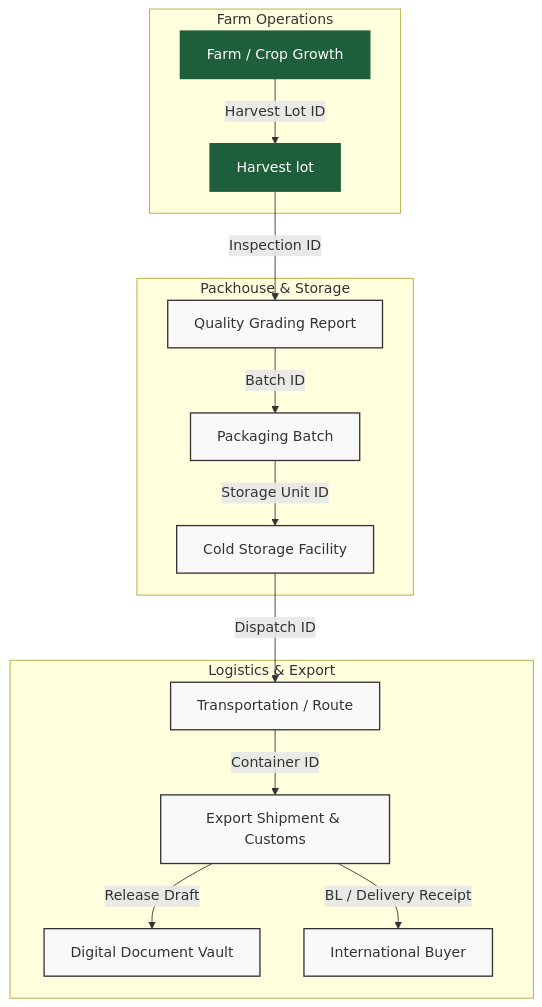
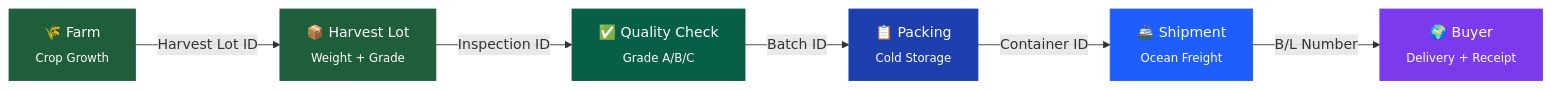
Before and after one commit to omrajput14/agriflow: the second of 4 diagrams in README.md, drawn with Mermaid. The commit also changed other lines of this file and 13 other files, not shown here.

````diff
--- a/README.md
+++ b/README.md
@@ -29,23 +216,15 @@
 ```mermaid
-graph TD
-    subgraph Farm Operations
-        F[Farm / Crop Growth] -->|Harvest Lot ID| H[Harvest lot]
-    end
+graph LR
+    F["🌾 Farm<br/><sub>Crop Growth</sub>"] -->|"Harvest Lot ID"| H["📦 Harvest Lot<br/><sub>Weight + Grade</sub>"]
+    H -->|"Inspection ID"| Q["✅ Quality Check<br/><sub>Grade A/B/C</sub>"]
+    Q -->|"Batch ID"| P["📋 Packing<br/><sub>Cold Storage</sub>"]
+    P -->|"Container ID"| S["🚢 Shipment<br/><sub>Ocean Freight</sub>"]
+    S -->|"B/L Number"| B["🌍 Buyer<br/><sub>Delivery + Receipt</sub>"]
 
-    subgraph Packhouse & Storage
-        H -->|Inspection ID| Q[Quality Grading Report]
-        Q -->|Batch ID| P[Packaging Batch]
-        P -->|Storage Unit ID| C[Cold Storage Facility]
-    end
-
-    subgraph Logistics & Export
-        C -->|Dispatch ID| L[Transportation / Route]
-        L -->|Container ID| S[Export Shipment & Customs]
-        S -->|Release Draft| D[Digital Document Vault]
-        S -->|BL / Delivery Receipt| B[International Buyer]
-    end
-
-    classDef default fill:#f9f9f9,stroke:#333,stroke-width:1.5px;
-    classDef highlight fill:#1F5E3B,stroke:#1F5E3B,color:#fff;
-    class F,H highlight;
+    style F fill:#1F5E3B,stroke:#1F5E3B,color:#fff
+    style H fill:#1F5E3B,stroke:#1F5E3B,color:#fff
+    style Q fill:#065f46,stroke:#065f46,color:#fff
+    style P fill:#1e40af,stroke:#1e40af,color:#fff
+    style S fill:#1E5EFF,stroke:#1E5EFF,color:#fff
+    style B fill:#7c3aed,stroke:#7c3aed,color:#fff
 ```
````
